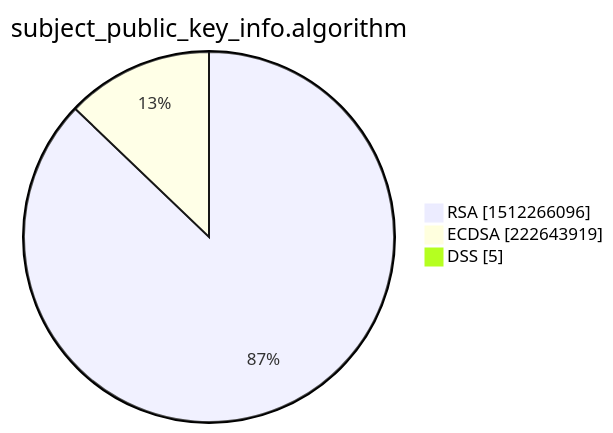
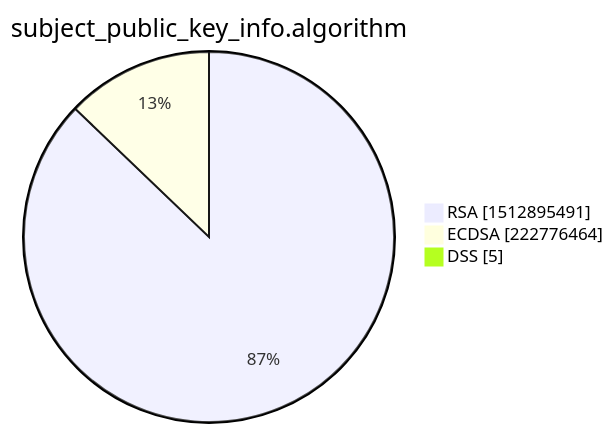
The third of 15 diagrams in xenon2022/README.md (christiankrug/ctmonitor_visualization), drawn with Mermaid before and after one commit. The commit also changed other lines of this file, not shown here.

````diff
--- a/xenon2022/README.md
+++ b/xenon2022/README.md
@@ -14,7 +14,7 @@
 ```mermaid
 pie showData
 title subject_public_key_info.algorithm
-"RSA" :1512266096
-"ECDSA" :222643919
+"RSA" :1512895491
+"ECDSA" :222776464
 "DSS" :5
 ```
````
